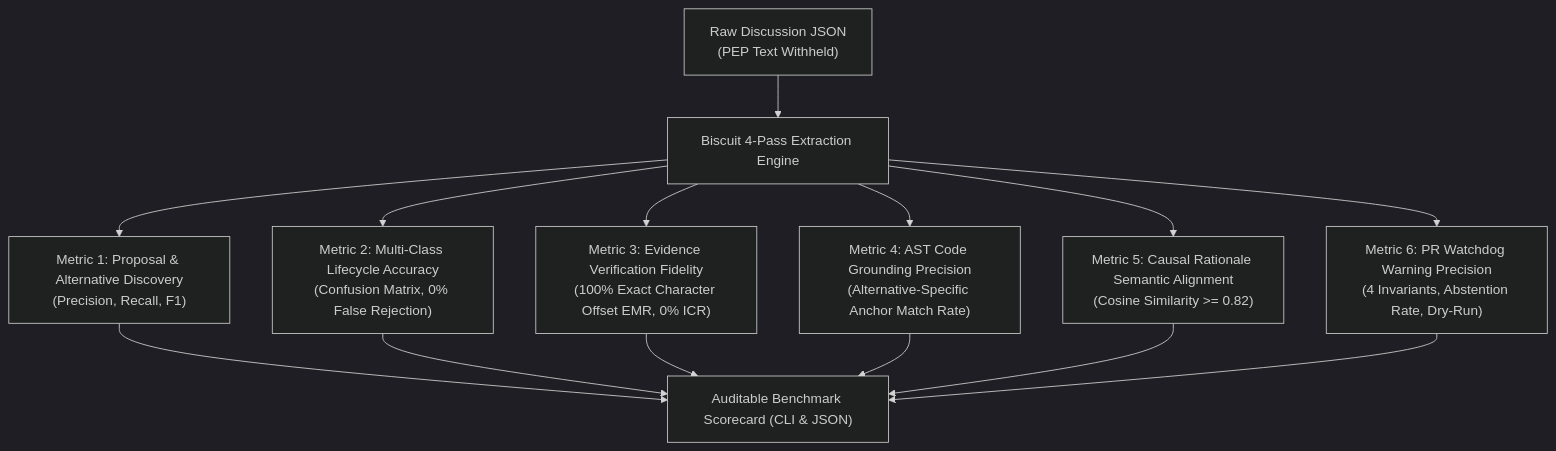
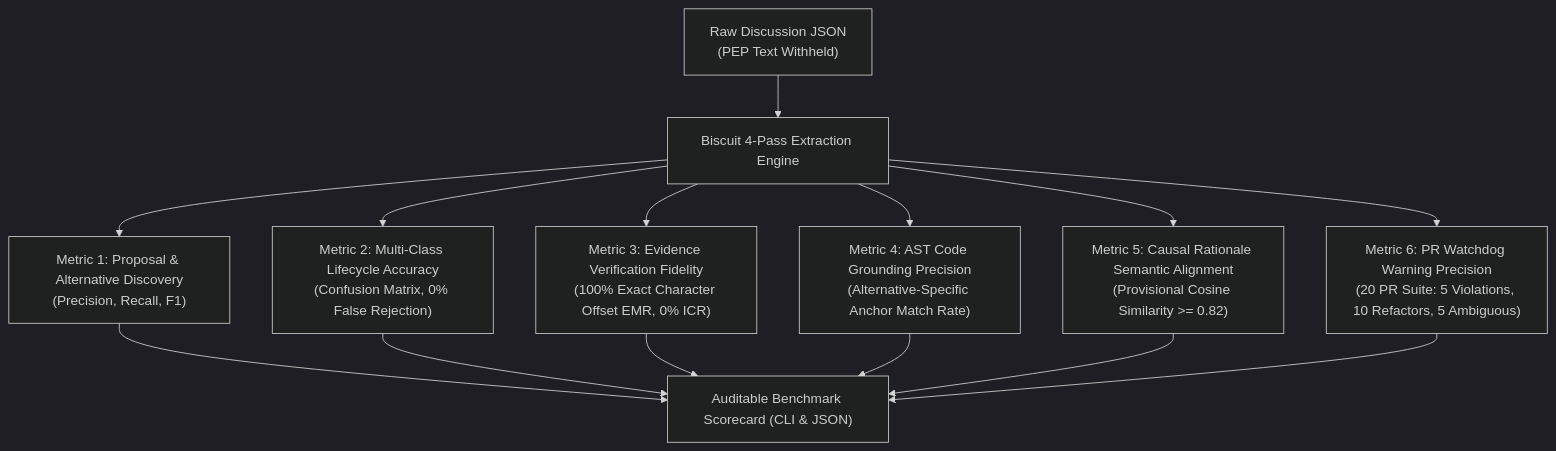
The diagram in docs/EVALUATION_AND_BENCHMARKS.md (MRiARC/biscuit), drawn with Mermaid (dark theme) before and after one commit. The commit also changed other lines of this file and 3 other files, not shown here.

````diff
--- a/docs/EVALUATION_AND_BENCHMARKS.md
+++ b/docs/EVALUATION_AND_BENCHMARKS.md
@@ -76,18 +76,18 @@
 ```mermaid
 flowchart TD
     RawInput["Raw Discussion JSON<br/>(PEP Text Withheld)"] --> Extraction["Biscuit 4-Pass Extraction Engine"]
     
     Extraction --> M1["Metric 1: Proposal & Alternative Discovery<br/>(Precision, Recall, F1)"]
     Extraction --> M2["Metric 2: Multi-Class Lifecycle Accuracy<br/>(Confusion Matrix, 0% False Rejection)"]
     Extraction --> M3["Metric 3: Evidence Verification Fidelity<br/>(100% Exact Character Offset EMR, 0% ICR)"]
     Extraction --> M4["Metric 4: AST Code Grounding Precision<br/>(Alternative-Specific Anchor Match Rate)"]
-    Extraction --> M5["Metric 5: Causal Rationale Semantic Alignment<br/>(Cosine Similarity >= 0.82)"]
-    Extraction --> M6["Metric 6: PR Watchdog Warning Precision<br/>(4 Invariants, Abstention Rate, Dry-Run)"]
+    Extraction --> M5["Metric 5: Causal Rationale Semantic Alignment<br/>(Provisional Cosine Similarity >= 0.82)"]
+    Extraction --> M6["Metric 6: PR Watchdog Warning Precision<br/>(20 PR Suite: 5 Violations, 10 Refactors, 5 Ambiguous)"]
     
     M1 --> Scorecard["Auditable Benchmark Scorecard (CLI & JSON)"]
     M2 --> Scorecard
     M3 --> Scorecard
     M4 --> Scorecard
     M5 --> Scorecard
     M6 --> Scorecard
 ```
````
